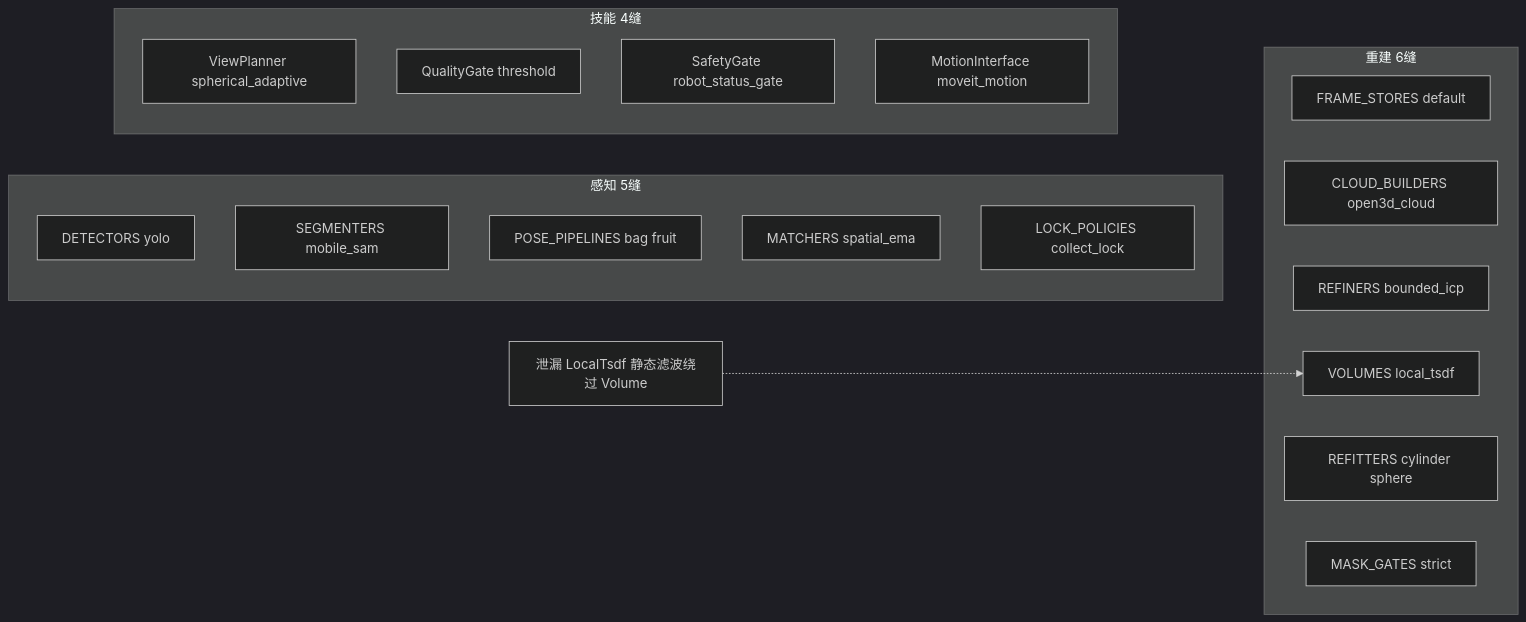
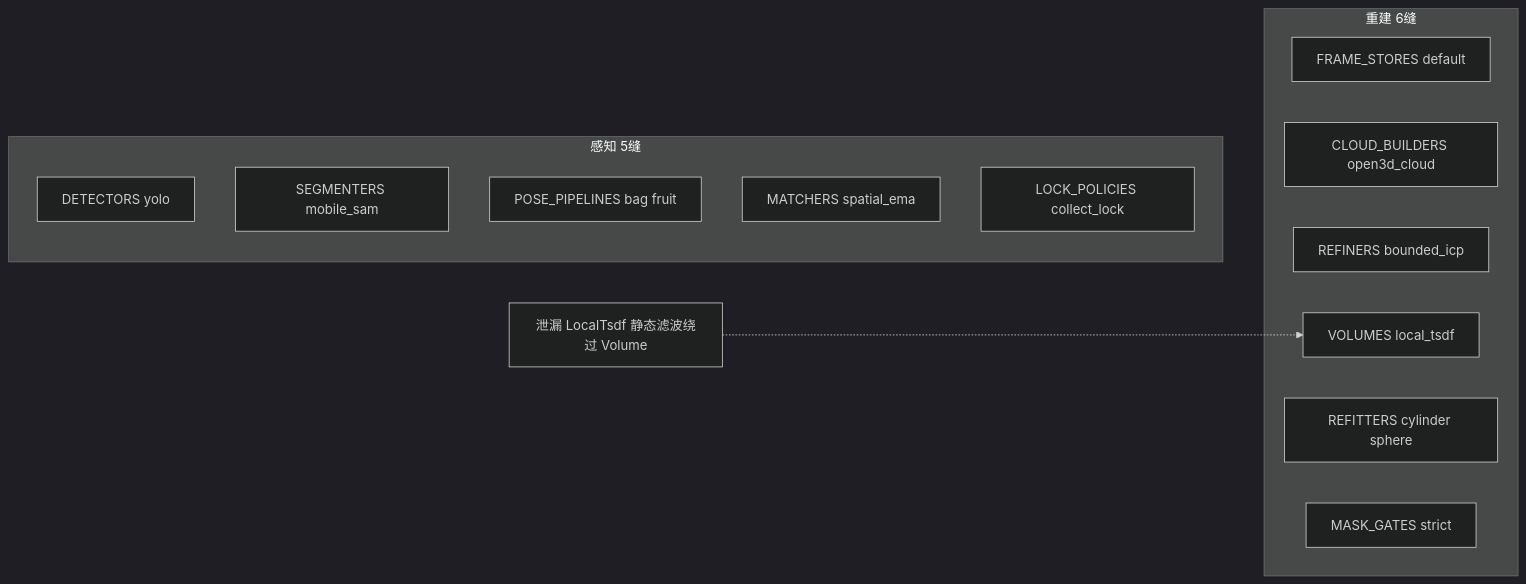
Before and after one commit to MUHAN11-c/aubo_boot: diagram 13 of 13 in docs/architecture.md, drawn with Mermaid (dark theme). The commit also changed other lines of this file and 240 other files, not shown here.

````diff
--- a/docs/architecture.md
+++ b/docs/architecture.md
@@ -535,25 +799,19 @@
 ```mermaid
 flowchart LR
   subgraph sceneSeams ["感知 5缝"]
     d["DETECTORS yolo"]
     s["SEGMENTERS mobile_sam"]
     p["POSE_PIPELINES bag fruit"]
     m["MATCHERS spatial_ema"]
     l["LOCK_POLICIES collect_lock"]
   end
   subgraph reconSeams ["重建 6缝"]
     fs["FRAME_STORES default"]
     cb["CLOUD_BUILDERS open3d_cloud"]
     rf["REFINERS bounded_icp"]
     vo["VOLUMES local_tsdf"]
     rt["REFITTERS cylinder sphere"]
     mg["MASK_GATES strict"]
   end
-  subgraph skillSeams ["技能 4缝"]
-    vp["ViewPlanner spherical_adaptive"]
-    qg["QualityGate threshold"]
-    sg["SafetyGate robot_status_gate"]
-    mi["MotionInterface moveit_motion"]
-  end
   leak["泄漏 LocalTsdf 静态滤波绕过 Volume"] -.-> vo
 ```
````
